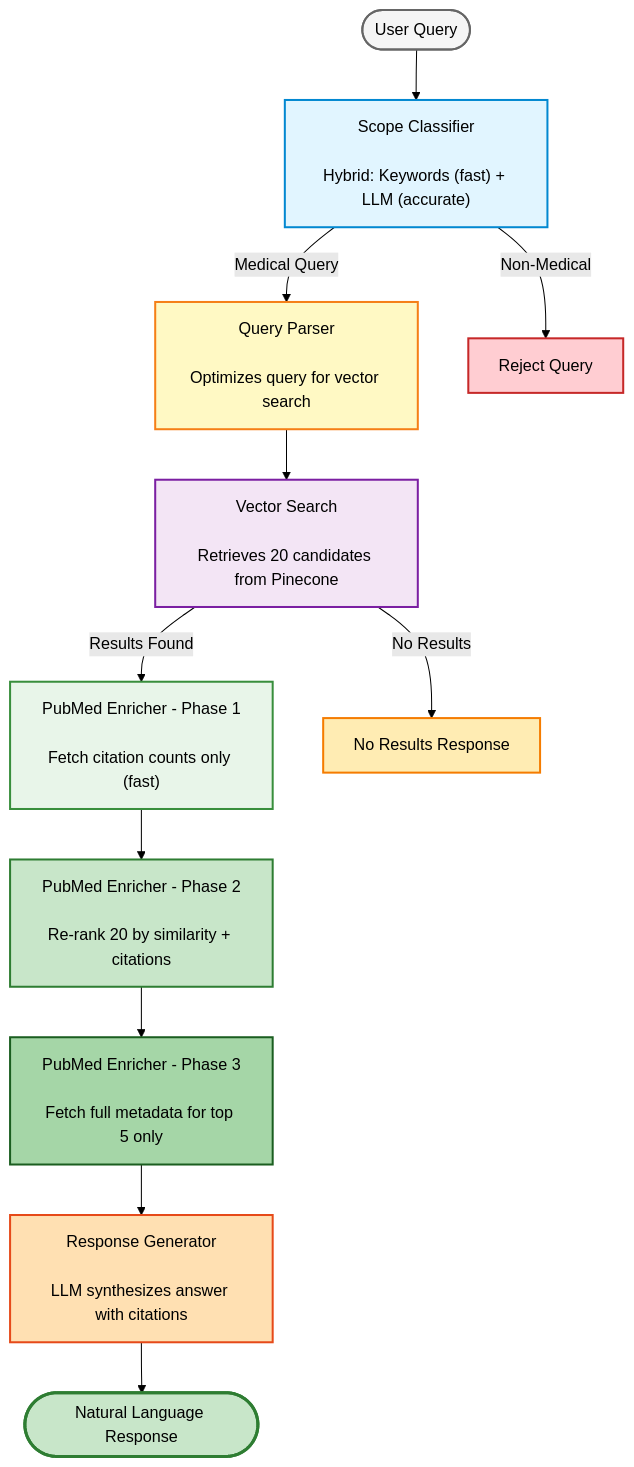
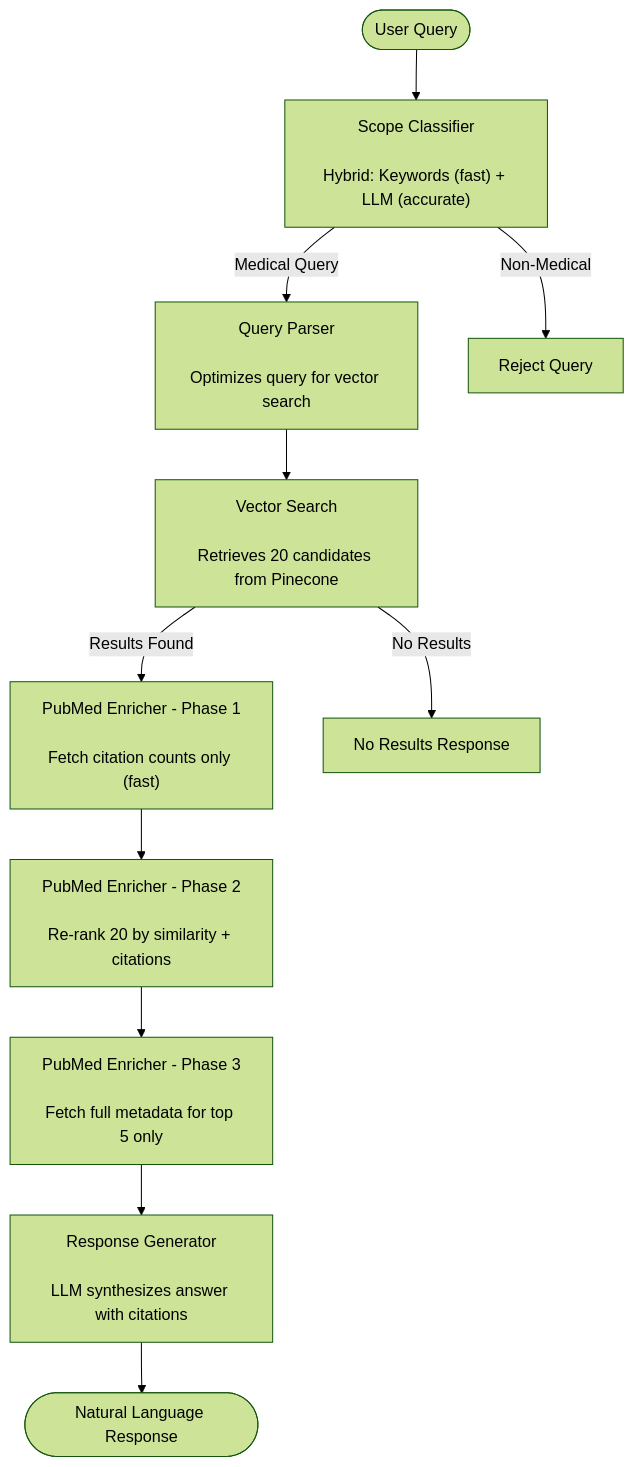
Before and after one commit to haider-toha/sanc-health-th: the diagram in README.md, drawn with Mermaid (forest theme).

Commit message:
hate this mermaid diagram

````diff
--- a/README.md
+++ b/README.md
@@ -19,41 +19,29 @@
 ```mermaid
 flowchart TB
     Start([User Query]) --> Step1
     
     Step1["Scope Classifier<br/><br/>Hybrid: Keywords (fast) + LLM (accurate)"]
     Step1 -->|Medical Query| Step2
     Step1 -->|Non-Medical| End1[Reject Query]
     
     Step2["Query Parser<br/><br/>Optimizes query for vector search"]
     Step2 --> Step3
     
     Step3["Vector Search<br/><br/>Retrieves 20 candidates from Pinecone"]
     Step3 -->|Results Found| Step4
     Step3 -->|No Results| End2[No Results Response]
     
     Step4["PubMed Enricher - Phase 1<br/><br/>Fetch citation counts only (fast)"]
     Step4 --> Step5
     
     Step5["PubMed Enricher - Phase 2<br/><br/>Re-rank 20 by similarity + citations"]
     Step5 --> Step6
     
     Step6["PubMed Enricher - Phase 3<br/><br/>Fetch full metadata for top 5 only"]
     Step6 --> Step7
     
     Step7["Response Generator<br/><br/>LLM synthesizes answer with citations"]
     Step7 --> End3
     
     End3([Natural Language Response])
-    
-    style Step1 fill:#e1f5ff,stroke:#0288d1,stroke-width:2px
-    style Step2 fill:#fff9c4,stroke:#f57f17,stroke-width:2px
-    style Step3 fill:#f3e5f5,stroke:#7b1fa2,stroke-width:2px
-    style Step4 fill:#e8f5e9,stroke:#388e3c,stroke-width:2px
-    style Step5 fill:#c8e6c9,stroke:#2e7d32,stroke-width:2px
-    style Step6 fill:#a5d6a7,stroke:#1b5e20,stroke-width:2px
-    style Step7 fill:#ffe0b2,stroke:#e64a19,stroke-width:2px
-    style Start fill:#f5f5f5,stroke:#666,stroke-width:2px
-    style End3 fill:#c8e6c9,stroke:#2e7d32,stroke-width:3px
-    style End1 fill:#ffcdd2,stroke:#c62828,stroke-width:2px
-    style End2 fill:#ffecb3,stroke:#f57c00,stroke-width:2px
 ```
````
